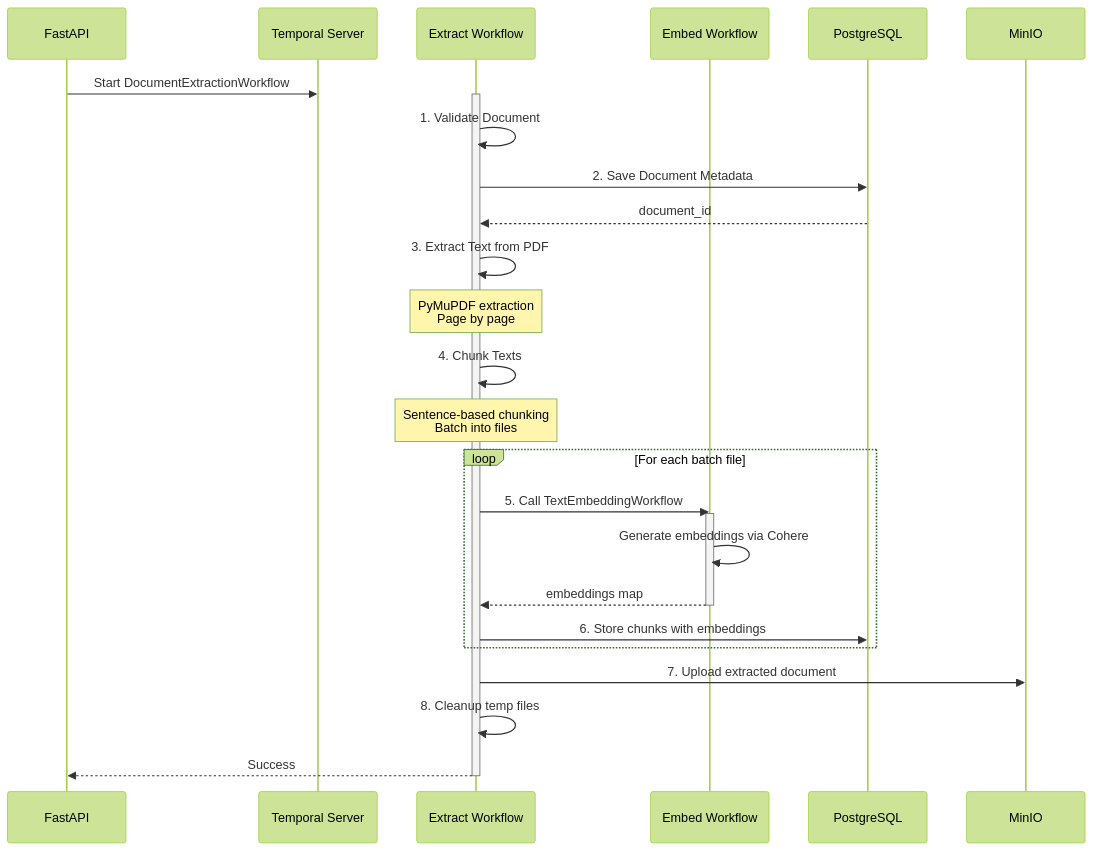
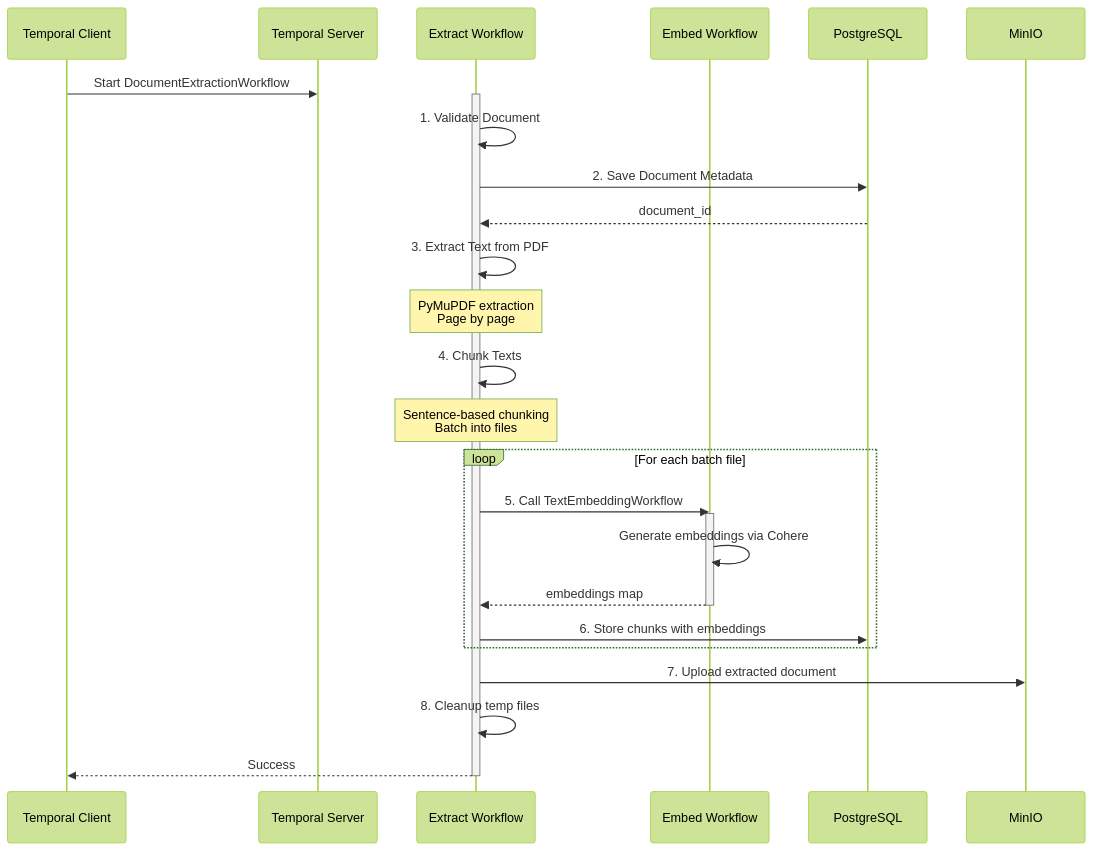
One commit to winnin/gdai changed the third of 4 diagrams in README.md. Above: the diagram before and after it, drawn with Mermaid (forest theme). The commit also changed other lines of this file and 21 other files, not shown here.

First line of the commit message:
refactor: remove API layer and transition to Temporal-only architecture

````diff
--- a/README.md
+++ b/README.md
@@ -223,38 +213,38 @@
 ```mermaid
 sequenceDiagram
-    participant API as FastAPI
+    participant Client as Temporal Client
     participant Temporal as Temporal Server
     participant ExtractWF as Extract Workflow
     participant EmbedWF as Embed Workflow
     participant DB as PostgreSQL
     participant S3 as MinIO
 
-    API->>Temporal: Start DocumentExtractionWorkflow
+    Client->>Temporal: Start DocumentExtractionWorkflow
     activate ExtractWF
 
     ExtractWF->>ExtractWF: 1. Validate Document
     ExtractWF->>DB: 2. Save Document Metadata
     DB-->>ExtractWF: document_id
 
     ExtractWF->>ExtractWF: 3. Extract Text from PDF
     Note over ExtractWF: PyMuPDF extraction<br/>Page by page
 
     ExtractWF->>ExtractWF: 4. Chunk Texts
     Note over ExtractWF: Sentence-based chunking<br/>Batch into files
 
     loop For each batch file
         ExtractWF->>EmbedWF: 5. Call TextEmbeddingWorkflow
         activate EmbedWF
         EmbedWF->>EmbedWF: Generate embeddings via Cohere
         EmbedWF-->>ExtractWF: embeddings map
         deactivate EmbedWF
 
         ExtractWF->>DB: 6. Store chunks with embeddings
     end
 
     ExtractWF->>S3: 7. Upload extracted document
     ExtractWF->>ExtractWF: 8. Cleanup temp files
 
-    ExtractWF-->>API: Success
+    ExtractWF-->>Client: Success
     deactivate ExtractWF
 ```
````
